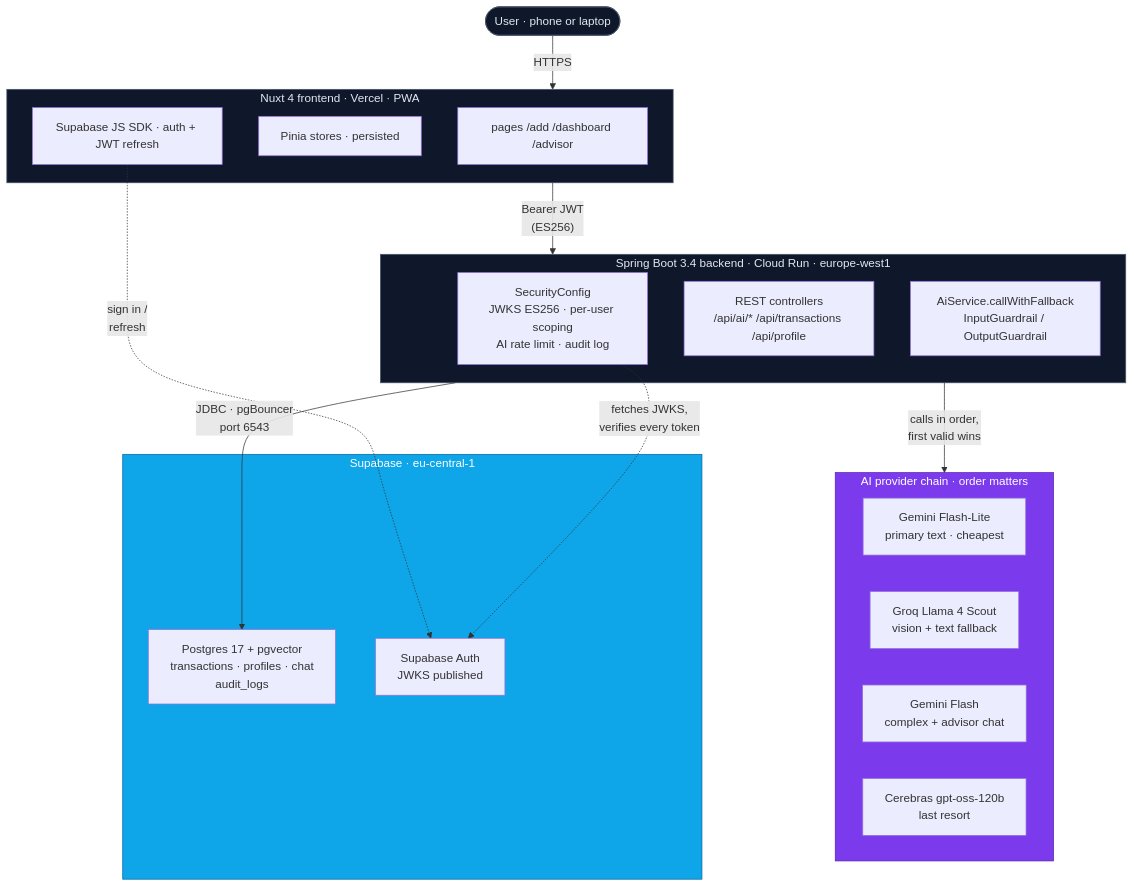
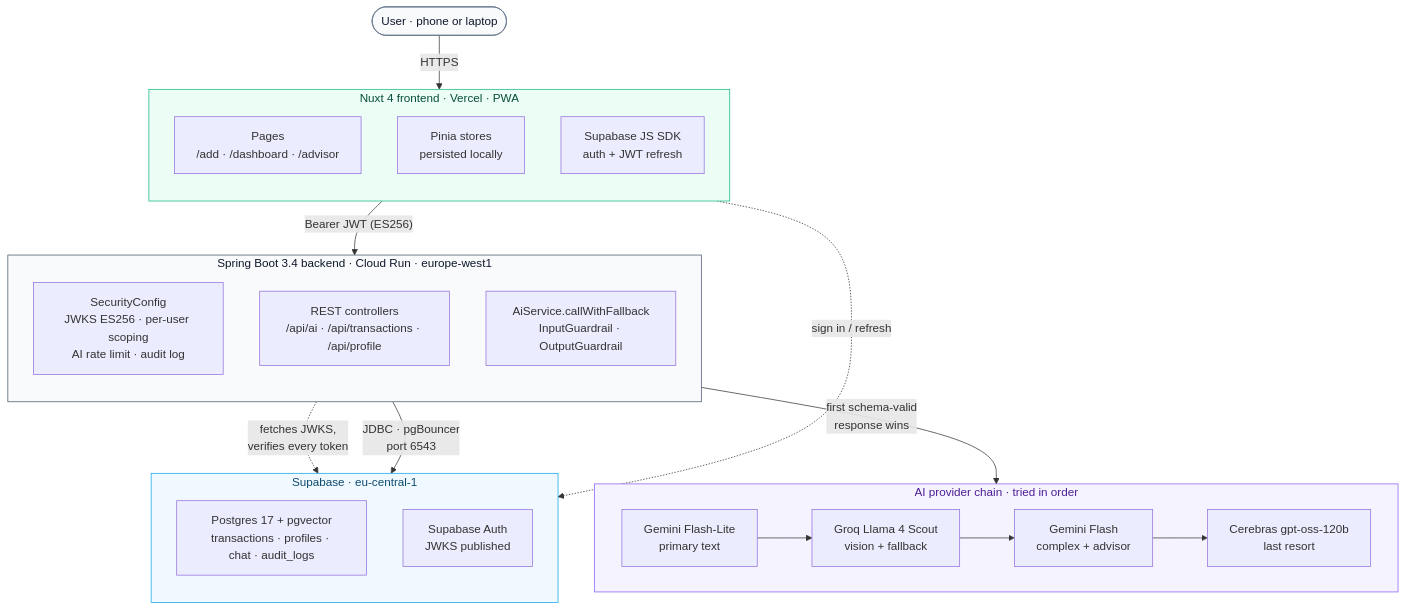
The first of 2 diagrams in docs/ARCHITECTURE.md (Phinart98/trackam), drawn with Mermaid before and after one commit. The commit also changed other lines of this file and 1 other file, not shown here.

Commit message:
docs: humanize prose and replace ASCII flows with styled Mermaid diagrams

````diff
--- a/docs/ARCHITECTURE.md
+++ b/docs/ARCHITECTURE.md
@@ -35,44 +35,44 @@
 ```mermaid
 flowchart TB
-    classDef tier fill:#0f172a,stroke:#475569,color:#e2e8f0,stroke-width:1px
-    classDef ai fill:#7c3aed,stroke:#5b21b6,color:#ffffff,stroke-width:1px
-    classDef data fill:#0ea5e9,stroke:#0369a1,color:#ffffff,stroke-width:1px
-    classDef edge color:#475569,font-size:12px
-
-    User([User · phone or laptop]):::tier
+    User(["User · phone or laptop"])
 
     subgraph FE["Nuxt 4 frontend · Vercel · PWA"]
-        UI["pages /add /dashboard /advisor"]
-        Pinia["Pinia stores · persisted"]
-        SBJS["Supabase JS SDK · auth + JWT refresh"]
+        direction TB
+        UI["Pages<br/>/add · /dashboard · /advisor"]
+        Pinia["Pinia stores<br/>persisted locally"]
+        SBJS["Supabase JS SDK<br/>auth + JWT refresh"]
     end
 
     subgraph BE["Spring Boot 3.4 backend · Cloud Run · europe-west1"]
+        direction TB
         Sec["SecurityConfig<br/>JWKS ES256 · per-user scoping<br/>AI rate limit · audit log"]
-        Ctrl["REST controllers<br/>/api/ai/* /api/transactions /api/profile"]
-        Svc["AiService.callWithFallback<br/>InputGuardrail / OutputGuardrail"]
+        Ctrl["REST controllers<br/>/api/ai · /api/transactions · /api/profile"]
+        Svc["AiService.callWithFallback<br/>InputGuardrail · OutputGuardrail"]
     end
 
-    subgraph AI["AI provider chain · order matters"]
-        Lite["Gemini Flash-Lite<br/>primary text · cheapest"]
-        Groq["Groq Llama 4 Scout<br/>vision + text fallback"]
-        Flash["Gemini Flash<br/>complex + advisor chat"]
-        Cere["Cerebras gpt-oss-120b<br/>last resort"]
+    subgraph AI["AI provider chain · tried in order"]
+        direction LR
+        Lite["Gemini Flash-Lite<br/>primary text"] --> Groq["Groq Llama 4 Scout<br/>vision + fallback"]
+        Groq --> Flash["Gemini Flash<br/>complex + advisor"]
+        Flash --> Cere["Cerebras gpt-oss-120b<br/>last resort"]
     end
 
     subgraph DB["Supabase · eu-central-1"]
-        PG["Postgres 17 + pgvector<br/>transactions · profiles · chat<br/>audit_logs"]
+        direction TB
+        PG["Postgres 17 + pgvector<br/>transactions · profiles · chat · audit_logs"]
         SBAuth["Supabase Auth<br/>JWKS published"]
     end
 
     User -->|"HTTPS"| FE
-    FE -->|"Bearer JWT<br/>(ES256)"| BE
-    BE -->|"calls in order,<br/>first valid wins"| AI
+    FE -->|"Bearer JWT (ES256)"| BE
+    BE -->|"first schema-valid<br/>response wins"| AI
     BE -->|"JDBC · pgBouncer<br/>port 6543"| PG
-    SBJS -.->|"sign in /<br/>refresh"| SBAuth
+    SBJS -.->|"sign in / refresh"| SBAuth
     Sec -.->|"fetches JWKS,<br/>verifies every token"| SBAuth
 
-    class FE,BE tier
-    class AI ai
-    class DB data
+    style User fill:#f8fafc,stroke:#64748b,color:#0f172a
+    style FE fill:#ecfdf5,stroke:#10b981,color:#064e3b
+    style BE fill:#f8fafc,stroke:#475569,color:#0f172a
+    style AI fill:#f5f3ff,stroke:#8b5cf6,color:#4c1d95
+    style DB fill:#f0f9ff,stroke:#0ea5e9,color:#0c4a6e
 ```
````
